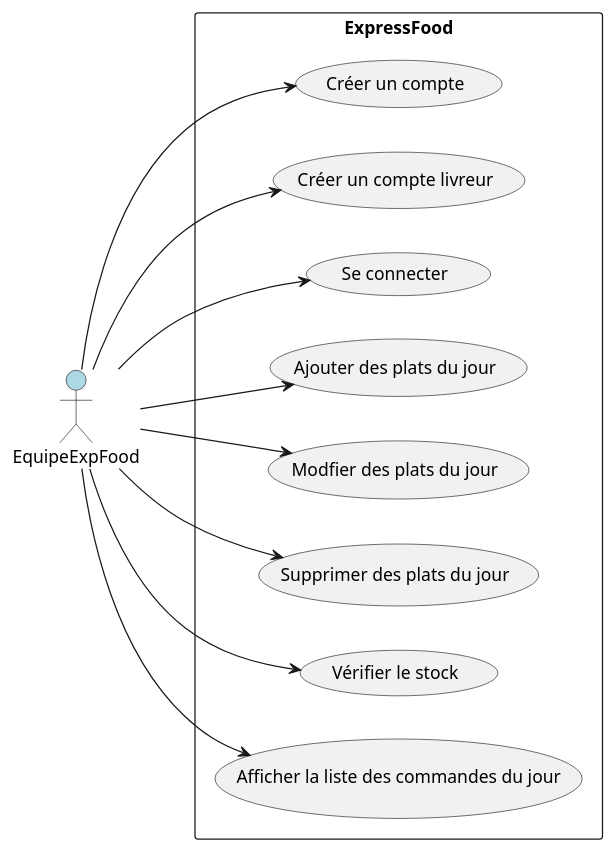
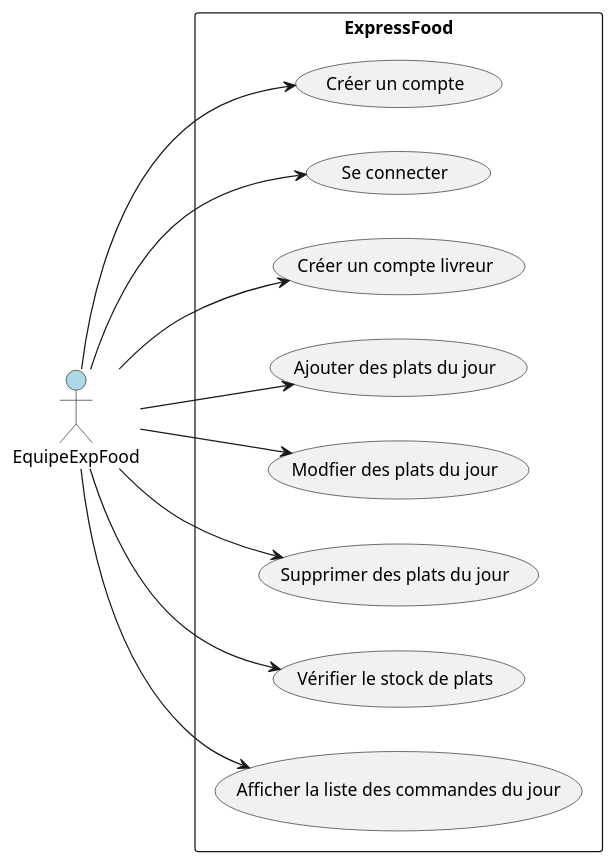
The diagram in UseCase/EquipeExpFood.puml (laurasullyalexandrine/expressfood), drawn with PlantUML before and after one commit. The commit also changed 11 other files, not shown here.

```diff
--- a/UseCase/EquipeExpFood.puml
+++ b/UseCase/EquipeExpFood.puml
@@ -2,29 +2,29 @@
 @startuml EquipeExpFood
 
 left to right direction
 
 actor "EquipeExpFood" as EquipeExpFood #LightBlue
 
 rectangle ExpressFood {
   usecase "Créer un compte" as UC1
+  usecase "Se connecter" as UC2
   usecase "Créer un compte livreur" as UC7
-  usecase "Se connecter" as UC2
   usecase "Ajouter des plats du jour" as UC3
   usecase "Modfier des plats du jour" as UC4
   usecase "Supprimer des plats du jour" as UC5
-  usecase "Vérifier le stock" as UC6
+  usecase "Vérifier le stock de plats" as UC6
   usecase "Afficher la liste des commandes du jour" as UC8
 }
 
 EquipeExpFood --> UC1
 EquipeExpFood --> UC2
 EquipeExpFood --> UC3
 EquipeExpFood --> UC4
 EquipeExpFood --> UC5
 EquipeExpFood --> UC6
 EquipeExpFood --> UC7
 EquipeExpFood --> UC8
 
 
 
 @enduml
```
